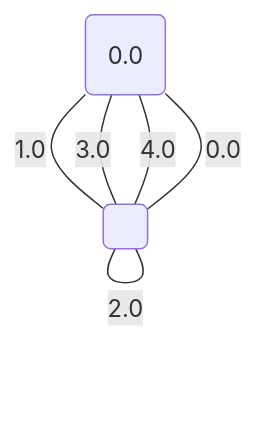
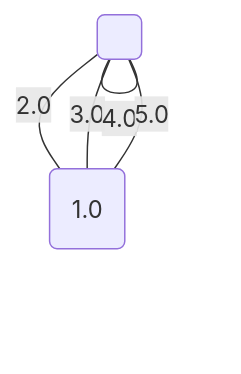
Before and after one commit to metury/graphs: the fifth of 5 diagrams in project/src/testing/showcase/minCut.md, drawn with Mermaid. The commit also changed other lines of this file and 40 other files, not shown here.

````diff
--- a/project/src/testing/showcase/minCut.md
+++ b/project/src/testing/showcase/minCut.md
@@ -81,10 +80,9 @@
 ```mermaid
 graph TD;
-	0("0.0");
+	0("1.0");
 	1(" ");
-	1 -- "0.0" --- 0;
-	0 -- "1.0" --- 1;
-	1 -- "2.0" --- 1;
-	0 -- "3.0" --- 1;
-	0 -- "4.0" --- 1;
+	1 -- "2.0" --- 0;
+	1 -- "3.0" --- 0;
+	1 -- "4.0" --- 1;
+	1 -- "5.0" --- 0;
 ```
````
